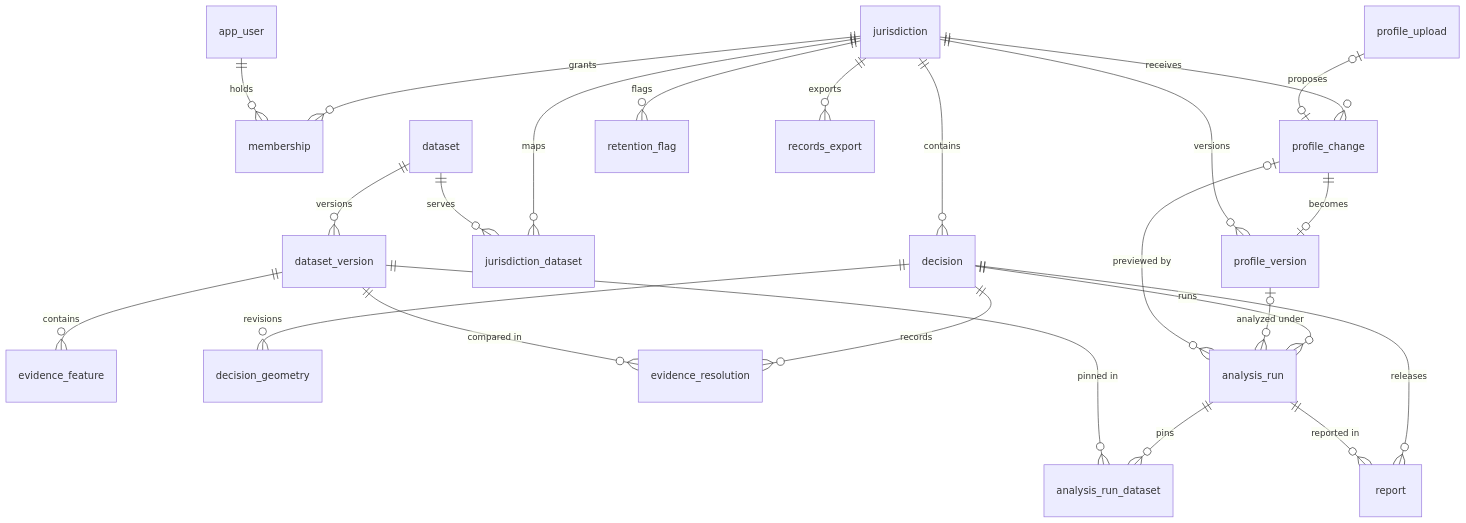
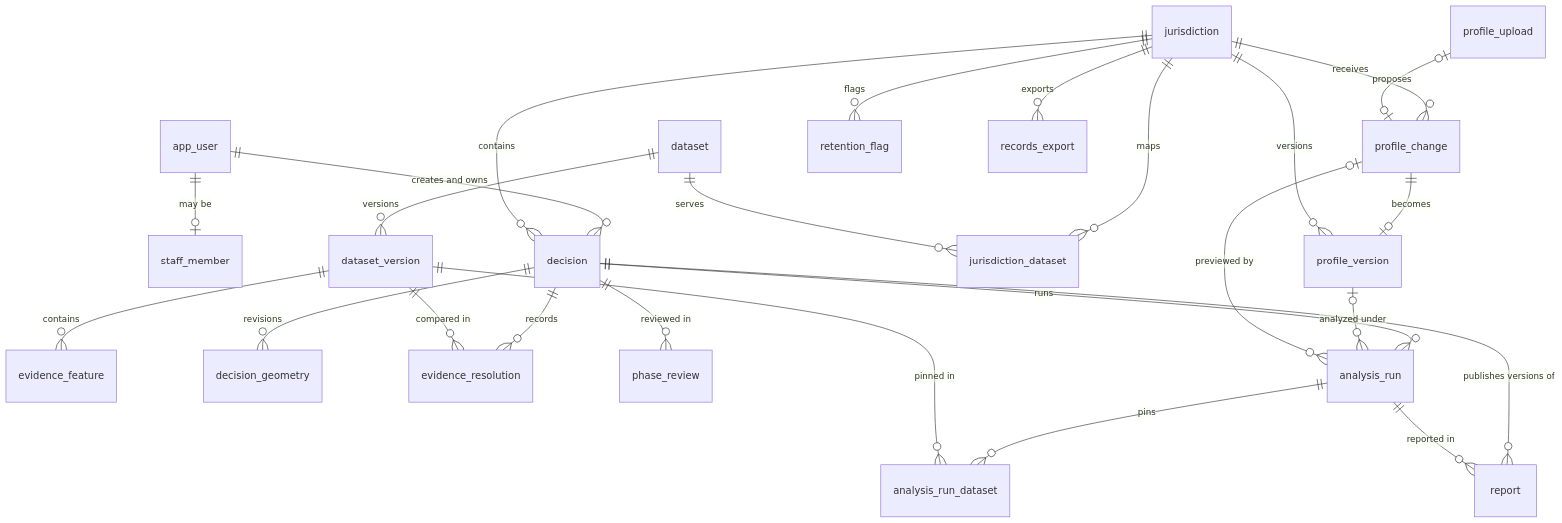
The diagram in TechDesign/data-model.md (Aru27-byte/UPlan), drawn with Mermaid before and after one commit. The commit also changed other lines of this file and 33 other files, not shown here.

First line of the commit message:
Spec projects, research phases, document versions, and sample data; remove jurisdiction membership

````diff
--- a/TechDesign/data-model.md
+++ b/TechDesign/data-model.md
@@ -22,26 +22,27 @@
 ```mermaid
 erDiagram
-  jurisdiction ||--o{ membership : "grants"
-  app_user ||--o{ membership : "holds"
+  app_user ||--o| staff_member : "may be"
+  app_user ||--o{ decision : "creates and owns"
   jurisdiction ||--o{ profile_change : "receives"
   profile_upload |o--o| profile_change : "proposes"
   profile_change ||--o| profile_version : "becomes"
   jurisdiction ||--o{ profile_version : "versions"
   jurisdiction ||--o{ jurisdiction_dataset : "maps"
   dataset ||--o{ jurisdiction_dataset : "serves"
   dataset ||--o{ dataset_version : "versions"
   dataset_version ||--o{ evidence_feature : "contains"
   jurisdiction ||--o{ decision : "contains"
   decision ||--o{ decision_geometry : "revisions"
   decision ||--o{ evidence_resolution : "records"
+  decision ||--o{ phase_review : "reviewed in"
   dataset_version ||--o{ evidence_resolution : "compared in"
   decision ||--o{ analysis_run : "runs"
   profile_version |o--o{ analysis_run : "analyzed under"
   profile_change |o--o{ analysis_run : "previewed by"
   analysis_run ||--o{ analysis_run_dataset : "pins"
   dataset_version ||--o{ analysis_run_dataset : "pinned in"
-  decision ||--o{ report : "releases"
+  decision ||--o{ report : "publishes versions of"
   analysis_run ||--o{ report : "reported in"
   jurisdiction ||--o{ retention_flag : "flags"
   jurisdiction ||--o{ records_export : "exports"
 ```
````
